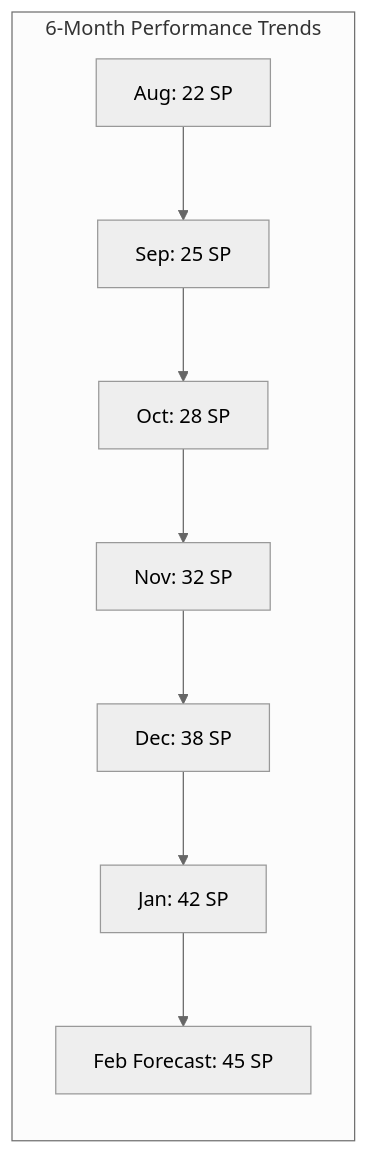
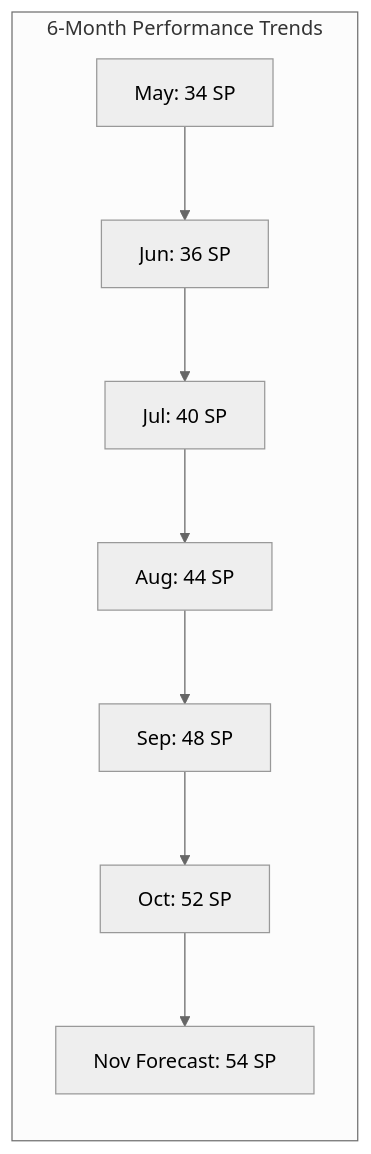
Before and after one commit to HOW2AI-AGENCY/albert3-muse-synth-studio: the sixth of 9 diagrams in project-management/reports/team-dashboard.md, drawn with Mermaid (neutral theme). The commit also changed other lines of this file and 6 other files, not shown here.

````diff
--- a/project-management/reports/team-dashboard.md
+++ b/project-management/reports/team-dashboard.md
@@ -228,11 +229,11 @@
 ```mermaid
 graph LR
     subgraph "6-Month Performance Trends"
-        A[Aug: 22 SP] --> B[Sep: 25 SP]
-        B --> C[Oct: 28 SP]
-        C --> D[Nov: 32 SP]
-        D --> E[Dec: 38 SP]
-        E --> F[Jan: 42 SP]
-        F --> G[Feb Forecast: 45 SP]
+        A[May: 34 SP] --> B[Jun: 36 SP]
+        B --> C[Jul: 40 SP]
+        C --> D[Aug: 44 SP]
+        D --> E[Sep: 48 SP]
+        E --> F[Oct: 52 SP]
+        F --> G[Nov Forecast: 54 SP]
     end
 ```
````
